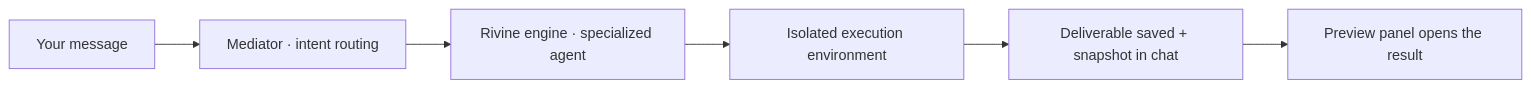
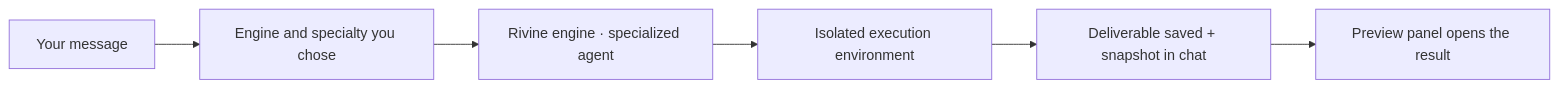
Before and after one commit to Beunec/beunec-site-staging: the second of 14 diagrams in Aselius Platform Documentations/aselius-workspace.md, drawn with Mermaid. The commit also changed other lines of this file and 254 other files, not shown here.

````diff
--- a/Aselius Platform Documentations/aselius-workspace.md
+++ b/Aselius Platform Documentations/aselius-workspace.md
@@ -75,8 +75,8 @@
 ```mermaid
 flowchart LR
-    M["Your message"] --> MED["Mediator · intent routing"]
+    M["Your message"] --> MED["Engine and specialty you chose"]
     MED --> ENG["Rivine engine · specialized agent"]
     ENG --> EX["Isolated execution environment"]
     EX --> DEL["Deliverable saved + snapshot in chat"]
     DEL --> PRE["Preview panel opens the result"]
 ```
````
